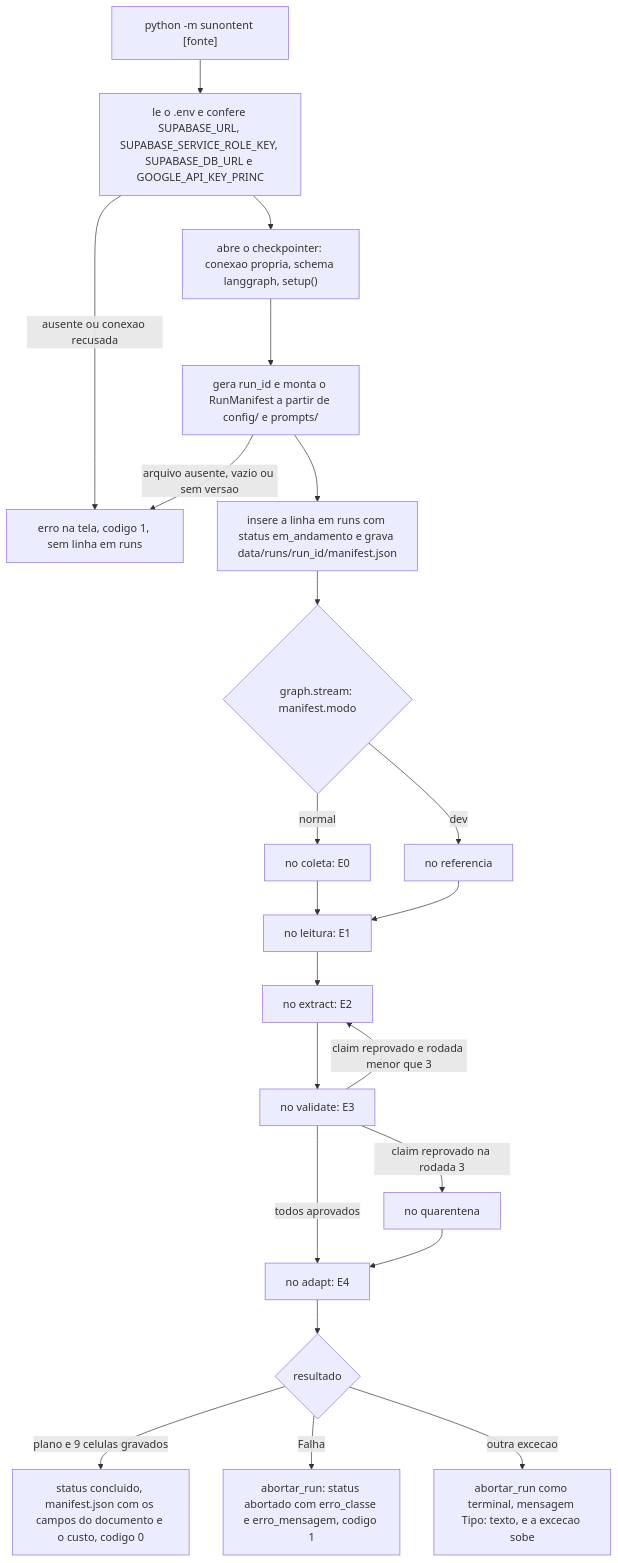
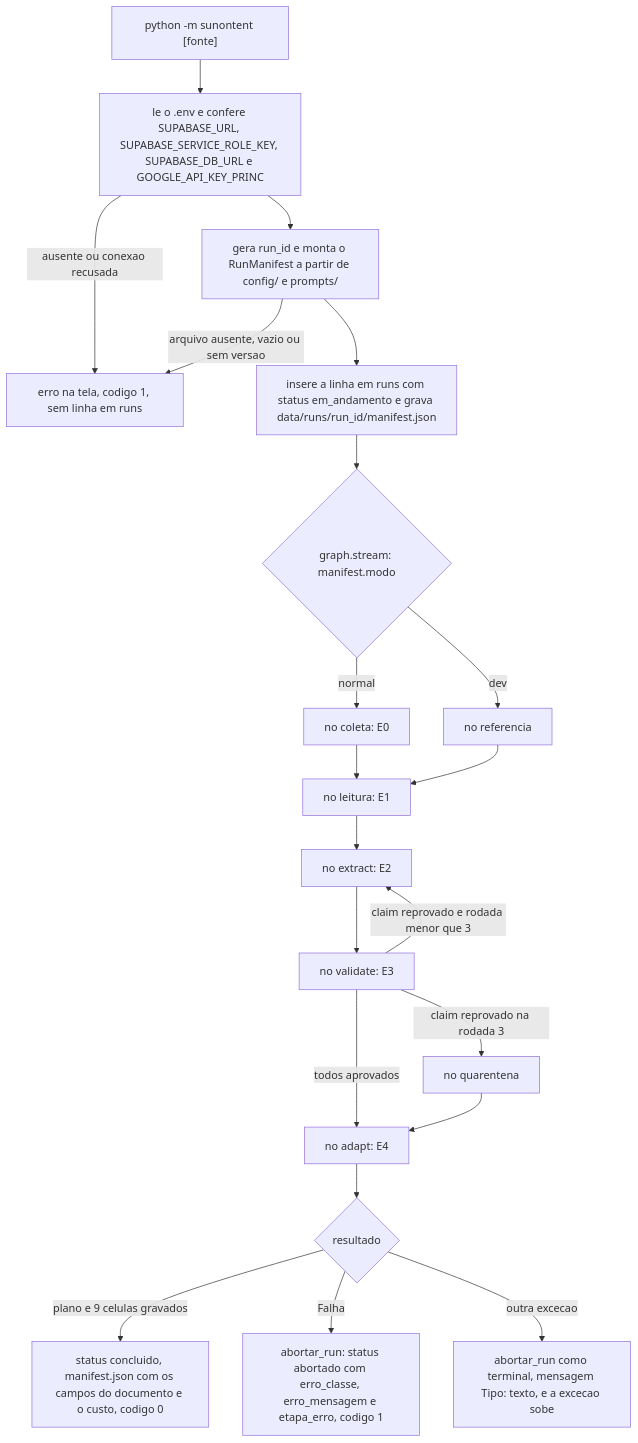
Before and after one commit to lcordeirokopke/Sunointent: the diagram in docs/execucao.md, drawn with Mermaid. The commit also changed other lines of this file and 45 other files, not shown here.

````diff
--- a/docs/execucao.md
+++ b/docs/execucao.md
@@ -19,24 +19,23 @@
 ```mermaid
 flowchart TD
     CLI["python -m sunontent [fonte]"] --> ENV["le o .env e confere SUPABASE_URL, SUPABASE_SERVICE_ROLE_KEY, SUPABASE_DB_URL e GOOGLE_API_KEY_PRINC"]
     ENV -->|"ausente ou conexao recusada"| PARA["erro na tela, codigo 1, sem linha em runs"]
-    ENV --> CK["abre o checkpointer: conexao propria, schema langgraph, setup()"]
-    CK --> MAN["gera run_id e monta o RunManifest a partir de config/ e prompts/"]
+    ENV --> MAN["gera run_id e monta o RunManifest a partir de config/ e prompts/"]
     MAN -->|"arquivo ausente, vazio ou sem versao"| PARA
     MAN --> RUN["insere a linha em runs com status em_andamento e grava data/runs/run_id/manifest.json"]
     RUN --> G{"graph.stream: manifest.modo"}
     G -->|"normal"| E0["no coleta: E0"]
     G -->|"dev"| REF["no referencia"]
     E0 --> E1["no leitura: E1"]
     REF --> E1
     E1 --> E2["no extract: E2"]
     E2 --> E3["no validate: E3"]
     E3 -->|"claim reprovado e rodada menor que 3"| E2
     E3 -->|"claim reprovado na rodada 3"| QUA["no quarentena"]
     E3 -->|"todos aprovados"| E4["no adapt: E4"]
     QUA --> E4
     E4 --> FIM{"resultado"}
     FIM -->|"plano e 9 celulas gravados"| OK["status concluido, manifest.json com os campos do documento e o custo, codigo 0"]
-    FIM -->|"Falha"| AB["abortar_run: status abortado com erro_classe e erro_mensagem, codigo 1"]
+    FIM -->|"Falha"| AB["abortar_run: status abortado com erro_classe, erro_mensagem e etapa_erro, codigo 1"]
     FIM -->|"outra excecao"| AB2["abortar_run como terminal, mensagem Tipo: texto, e a excecao sobe"]
 ```
````
